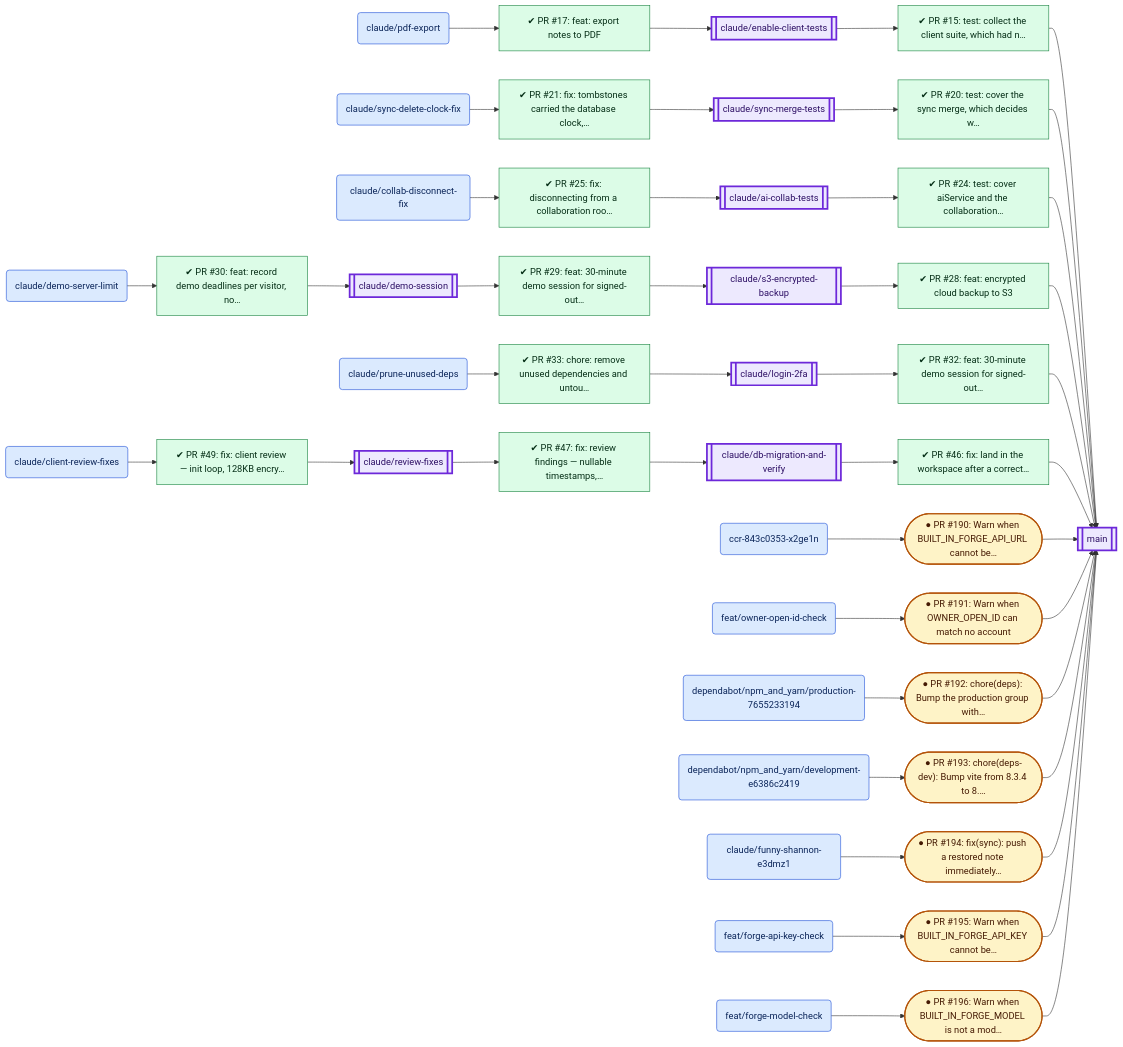
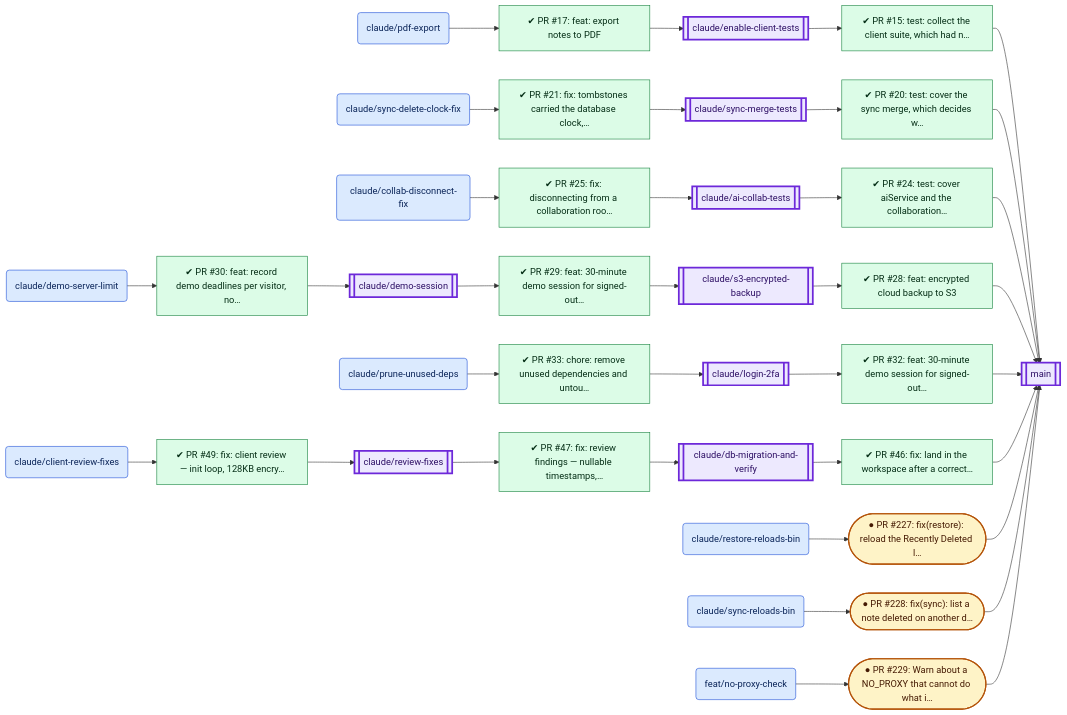
Before and after one commit to VijayKumaro7/NotionAI_Notepad: the second of 7 diagrams in docs/PR_BRANCH_VISUALIZATION.md, drawn with Mermaid. The commit also changed other lines of this file and 3 other files, not shown here.

````diff
--- a/docs/PR_BRANCH_VISUALIZATION.md
+++ b/docs/PR_BRANCH_VISUALIZATION.md
@@ -77,27 +77,23 @@
 ```mermaid
 flowchart LR
-  b19[["claude/enable-client-tests"]]:::target
-  b99[["main"]]:::target
-  b30("claude/pdf-export"):::source
-  b44[["claude/sync-merge-tests"]]:::target
-  b43("claude/sync-delete-clock-fix"):::source
+  b23[["claude/enable-client-tests"]]:::target
+  b125[["main"]]:::target
+  b36("claude/pdf-export"):::source
+  b57[["claude/sync-merge-tests"]]:::target
+  b56("claude/sync-delete-clock-fix"):::source
   b7[["claude/ai-collab-tests"]]:::target
-  b13("claude/collab-disconnect-fix"):::source
-  b35[["claude/s3-encrypted-backup"]]:::target
-  b16[["claude/demo-session"]]:::target
-  b15("claude/demo-server-limit"):::source
-  b29[["claude/login-2fa"]]:::target
-  b31("claude/prune-unused-deps"):::source
-  b14[["claude/db-migration-and-verify"]]:::target
-  b34[["claude/review-fixes"]]:::target
-  b9("claude/client-review-fixes"):::source
-  b6("ccr-843c0353-x2ge1n"):::source
-  b94("feat/owner-open-id-check"):::source
-  b76("dependabot/npm_and_yarn/production-7655233194"):::source
-  b62("dependabot/npm_and_yarn/development-e6386c2419"):::source
-  b21("claude/funny-shannon-e3dmz1"):::source
-  b92("feat/forge-api-key-check"):::source
-  b93("feat/forge-model-check"):::source
+  b14("claude/collab-disconnect-fix"):::source
+  b44[["claude/s3-encrypted-backup"]]:::target
+  b19[["claude/demo-session"]]:::target
+  b18("claude/demo-server-limit"):::source
+  b35[["claude/login-2fa"]]:::target
+  b38("claude/prune-unused-deps"):::source
+  b17[["claude/db-migration-and-verify"]]:::target
+  b43[["claude/review-fixes"]]:::target
+  b10("claude/client-review-fixes"):::source
+  b42("claude/restore-reloads-bin"):::source
+  b58("claude/sync-reloads-bin"):::source
+  b116("feat/no-proxy-check"):::source
   p15["✔ PR #15: test: collect the client suite, which had n…"]:::merged
   p17["✔ PR #17: feat: export notes to PDF"]:::merged
   p20["✔ PR #20: test: cover the sync merge, which decides w…"]:::merged
@@ -112,55 +108,43 @@
   p46["✔ PR #46: fix: land in the workspace after a correct…"]:::merged
   p47["✔ PR #47: fix: review findings — nullable timestamps,…"]:::merged
   p49["✔ PR #49: fix: client review — init loop, 128KB encry…"]:::merged
-  p190(["● PR #190: Warn when BUILT_IN_FORGE_API_URL cannot be…"]):::open
-  p191(["● PR #191: Warn when OWNER_OPEN_ID can match no account"]):::open
-  p192(["● PR #192: chore(deps): Bump the production group with…"]):::open
-  p193(["● PR #193: chore(deps-dev): Bump vite from 8.3.4 to 8.…"]):::open
-  p194(["● PR #194: fix(sync): push a restored note immediately…"]):::open
-  p195(["● PR #195: Warn when BUILT_IN_FORGE_API_KEY cannot be…"]):::open
-  p196(["● PR #196: Warn when BUILT_IN_FORGE_MODEL is not a mod…"]):::open
-  b19 --> p15
-  p15 --> b99
-  b30 --> p17
-  p17 --> b19
-  b44 --> p20
-  p20 --> b99
-  b43 --> p21
-  p21 --> b44
+  p227(["● PR #227: fix(restore): reload the Recently Deleted l…"]):::open
+  p228(["● PR #228: fix(sync): list a note deleted on another d…"]):::open
+  p229(["● PR #229: Warn about a NO_PROXY that cannot do what i…"]):::open
+  b23 --> p15
+  p15 --> b125
+  b36 --> p17
+  p17 --> b23
+  b57 --> p20
+  p20 --> b125
+  b56 --> p21
+  p21 --> b57
   b7 --> p24
-  p24 --> b99
-  b13 --> p25
+  p24 --> b125
+  b14 --> p25
   p25 --> b7
-  b35 --> p28
-  p28 --> b99
-  b16 --> p29
-  p29 --> b35
-  b15 --> p30
-  p30 --> b16
-  b29 --> p32
-  p32 --> b99
-  b31 --> p33
-  p33 --> b29
-  b14 --> p46
-  p46 --> b99
-  b34 --> p47
-  p47 --> b14
-  b9 --> p49
-  p49 --> b34
-  b6 --> p190
-  p190 --> b99
-  b94 --> p191
-  p191 --> b99
-  b76 --> p192
-  p192 --> b99
-  b62 --> p193
-  p193 --> b99
-  b21 --> p194
-  p194 --> b99
-  b92 --> p195
-  p195 --> b99
-  b93 --> p196
-  p196 --> b99
+  b44 --> p28
+  p28 --> b125
+  b19 --> p29
+  p29 --> b44
+  b18 --> p30
+  p30 --> b19
+  b35 --> p32
+  p32 --> b125
+  b38 --> p33
+  p33 --> b35
+  b17 --> p46
+  p46 --> b125
+  b43 --> p47
+  p47 --> b17
+  b10 --> p49
+  p49 --> b43
+  b42 --> p227
+  p227 --> b125
+  b58 --> p228
+  p228 --> b125
+  b116 --> p229
+  p229 --> b125
   classDef source fill:#dbeafe,stroke:#1d4ed8,color:#0b2559
   classDef target fill:#ede9fe,stroke:#6d28d9,stroke-width:3px,color:#2e1065
   classDef open fill:#fef3c7,stroke:#b45309,stroke-width:2px,color:#451a03
````
